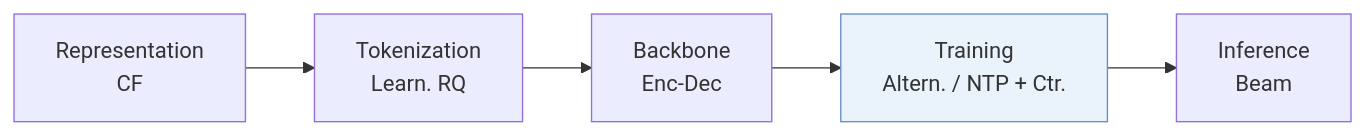
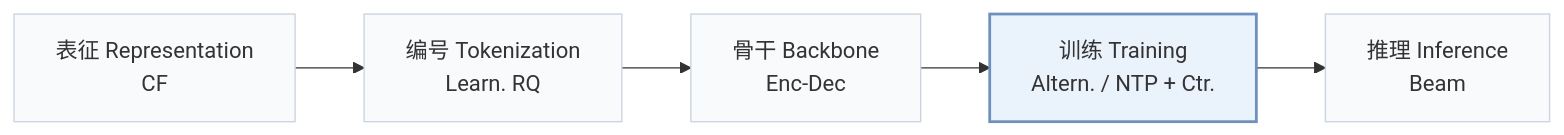
One commit to Galaxy-ghost/Awesome-SID-Generative-Rec changed the first of 4 diagrams in pages/zh/papers/etegrec.md. Above: the diagram before and after it, drawn with Mermaid. The commit also changed other lines of this file and 649 other files, not shown here.

Commit message:
writer-05: also tags and modality index (schema, check, build, visuals); summary field removed; calibration data for 12 papers

````diff
--- a/pages/zh/papers/etegrec.md
+++ b/pages/zh/papers/etegrec.md
@@ -13,6 +15,8 @@
 ```mermaid
 flowchart LR
-    R["Representation<br/>CF"] --> T["Tokenization<br/>Learn. RQ"] --> B["Backbone<br/>Enc-Dec"] --> TR["Training<br/>Altern. / NTP + Ctr."] --> I["Inference<br/>Beam"]
-    classDef main fill:#eaf2fb,stroke:#6b8fc7
+    R["表征 Representation<br/>CF"] --> T["编号 Tokenization<br/>Learn. RQ"] --> B["骨干 Backbone<br/>Enc-Dec"] --> TR["训练 Training<br/>Altern. / NTP + Ctr."] --> I["推理 Inference<br/>Beam"]
+    classDef base fill:#f8fafc,stroke:#cbd5e1
+    class R,T,B,TR,I base
+    classDef main fill:#eaf2fb,stroke:#6b8fc7,stroke-width:2px
     class TR main
 ```
````
